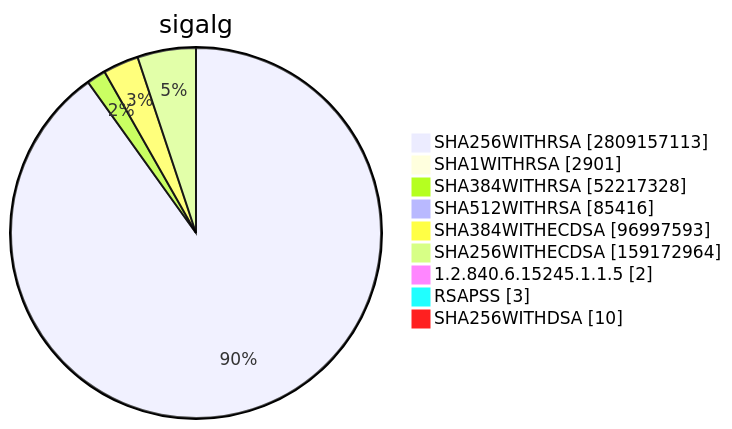
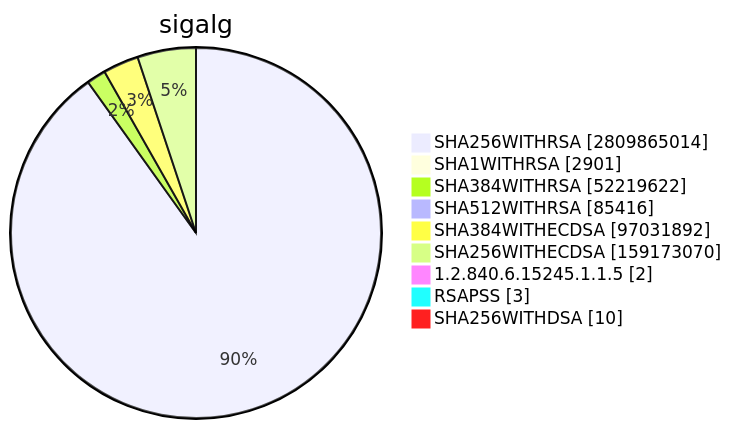
Diagram 15 of 15 in TOTAL/README.md (christiankrug/ctmonitor_visualization), drawn with Mermaid before and after one commit. The commit also changed other lines of this file, not shown here.

````diff
--- a/TOTAL/README.md
+++ b/TOTAL/README.md
@@ -6205,13 +6205,13 @@
 ```mermaid
 pie showData
 title sigalg
-"SHA256WITHRSA" :2809157113
+"SHA256WITHRSA" :2809865014
 "SHA1WITHRSA" :2901
-"SHA384WITHRSA" :52217328
+"SHA384WITHRSA" :52219622
 "SHA512WITHRSA" :85416
-"SHA384WITHECDSA" :96997593
-"SHA256WITHECDSA" :159172964
+"SHA384WITHECDSA" :97031892
+"SHA256WITHECDSA" :159173070
 "1.2.840.6.15245.1.1.5" :2
 "RSAPSS" :3
 "SHA256WITHDSA" :10
 ```
````
